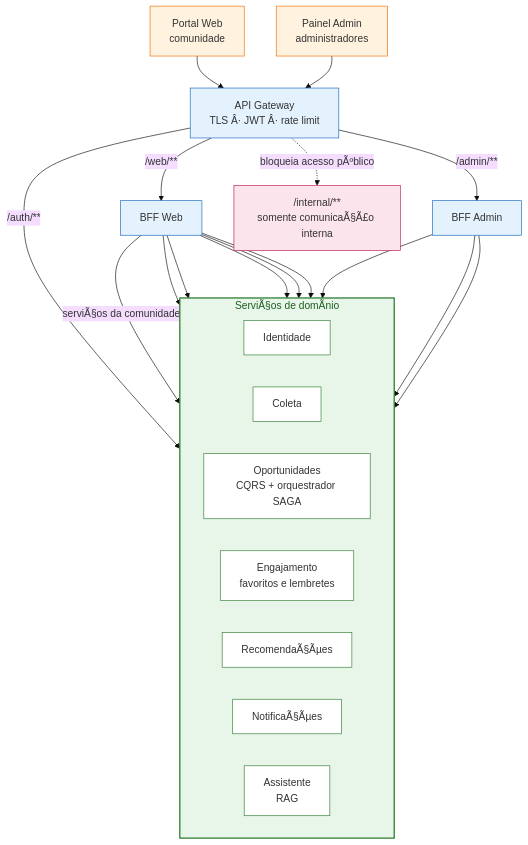
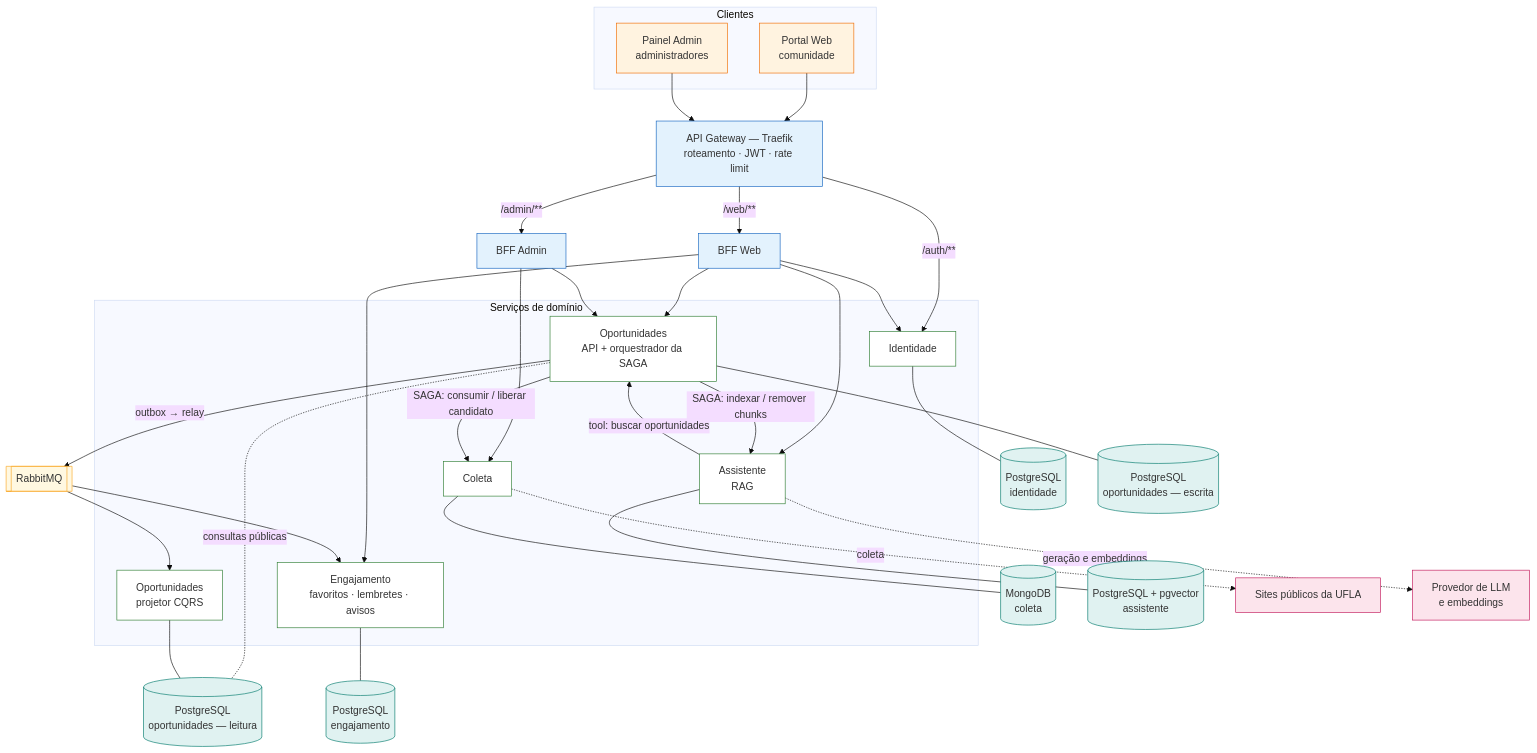
One commit to joao-givisiez/ConectaU changed the diagram in docs/arquitetura/ARQUITETURA-CONECTAU.md. Above: the diagram before and after it, drawn with Mermaid (base theme). The commit also changed other lines of this file and 10 other files, not shown here.

````diff
--- a/docs/arquitetura/ARQUITETURA-CONECTAU.md
+++ b/docs/arquitetura/ARQUITETURA-CONECTAU.md
@@ -68,47 +23,75 @@
 ```mermaid
 flowchart TB
-  PW["Portal Web<br/>comunidade"]
-  PA["Painel Admin<br/>administradores"]
+  subgraph CLIENTES["Clientes"]
+    WEB["Portal Web<br/>comunidade"]
+    ADM["Painel Admin<br/>administradores"]
+  end
 
-  GW["API Gateway<br/>TLS Â· JWT Â· rate limit"]
-  BW["BFF Web"]
-  BA["BFF Admin"]
+  GW["API Gateway — Traefik<br/>roteamento · JWT · rate limit"]
+  BFFW["BFF Web"]
+  BFFA["BFF Admin"]
 
-  PW --> GW
-  PA --> GW
+  WEB --> GW
+  ADM --> GW
   GW -->|"/auth/**"| ID
-  GW -->|"/web/**"| BW
-  GW -->|"/admin/**"| BA
-  GW -.->|"bloqueia acesso pÃºblico"| INT["/internal/**<br/>somente comunicaÃ§Ã£o interna"]
+  GW -->|"/web/**"| BFFW
+  GW -->|"/admin/**"| BFFA
 
-  subgraph Dominio["ServiÃ§os de domÃ­nio"]
-    direction LR
+  subgraph DOM["Serviços de domínio"]
     ID["Identidade"]
     CO["Coleta"]
-    OP["Oportunidades<br/>CQRS + orquestrador SAGA"]
-    EN["Engajamento<br/>favoritos e lembretes"]
-    RE["RecomendaÃ§Ãµes"]
-    NO["NotificaÃ§Ãµes"]
+    OP["Oportunidades<br/>API + orquestrador da SAGA"]
+    PJ["Oportunidades<br/>projetor CQRS"]
+    EN["Engajamento<br/>favoritos · lembretes · avisos"]
     AS["Assistente<br/>RAG"]
   end
 
-  BW -->|"serviÃ§os da comunidade"| OP
-  BW --> ID
-  BW --> EN
-  BW --> RE
-  BW --> NO
-  BW --> AS
-  BA --> ID
-  BA --> CO
-  BA --> OP
+  BFFW --> ID
+  BFFW --> OP
+  BFFW --> EN
+  BFFW --> AS
+  BFFA --> CO
+  BFFA --> OP
 
-  classDef cliente fill:#fff3e0,stroke:#ef6c00,color:#333
-  classDef borda fill:#e3f2fd,stroke:#1565c0,color:#333
-  classDef servico fill:#ffffff,stroke:#2e7d32,color:#333
-  classDef interno fill:#fce4ec,stroke:#c2185b,color:#333
-  class PW,PA cliente
-  class GW,BW,BA borda
-  class ID,CO,OP,EN,RE,NO,AS servico
-  class INT interno
-  style Dominio fill:#e8f5e9,stroke:#2e7d32,stroke-width:2px,color:#1b5e20
+  OP -->|"SAGA: consumir / liberar candidato"| CO
+  OP -->|"SAGA: indexar / remover chunks"| AS
+  AS -->|"tool: buscar oportunidades"| OP
+
+  MQ[["RabbitMQ"]]
+  OP -->|"outbox → relay"| MQ
+  MQ --> PJ
+  MQ --> EN
+
+  DBID[("PostgreSQL<br/>identidade")]
+  DBCO[("MongoDB<br/>coleta")]
+  DBOPW[("PostgreSQL<br/>oportunidades — escrita")]
+  DBOPR[("PostgreSQL<br/>oportunidades — leitura")]
+  DBEN[("PostgreSQL<br/>engajamento")]
+  DBAS[("PostgreSQL + pgvector<br/>assistente")]
+
+  ID --- DBID
+  CO --- DBCO
+  OP --- DBOPW
+  OP -. "consultas públicas" .- DBOPR
+  PJ --- DBOPR
+  EN --- DBEN
+  AS --- DBAS
+
+  UFLA["Sites públicos da UFLA"]
+  LLM["Provedor de LLM<br/>e embeddings"]
+  CO -.->|"coleta"| UFLA
+  AS -.->|"geração e embeddings"| LLM
+
+  classDef client fill:#fff3e0,stroke:#ef6c00,color:#333
+  classDef edge fill:#e3f2fd,stroke:#1565c0,color:#333
+  classDef service fill:#ffffff,stroke:#2e7d32,color:#333
+  classDef database fill:#e0f2f1,stroke:#00796b,color:#333
+  classDef broker fill:#fff8e1,stroke:#f9a825,color:#333
+  classDef external fill:#fce4ec,stroke:#c2185b,color:#333
+  class WEB,ADM client
+  class GW,BFFW,BFFA edge
+  class ID,CO,OP,PJ,EN,AS service
+  class DBID,DBCO,DBOPW,DBOPR,DBEN,DBAS database
+  class MQ broker
+  class UFLA,LLM external
 ```
````
